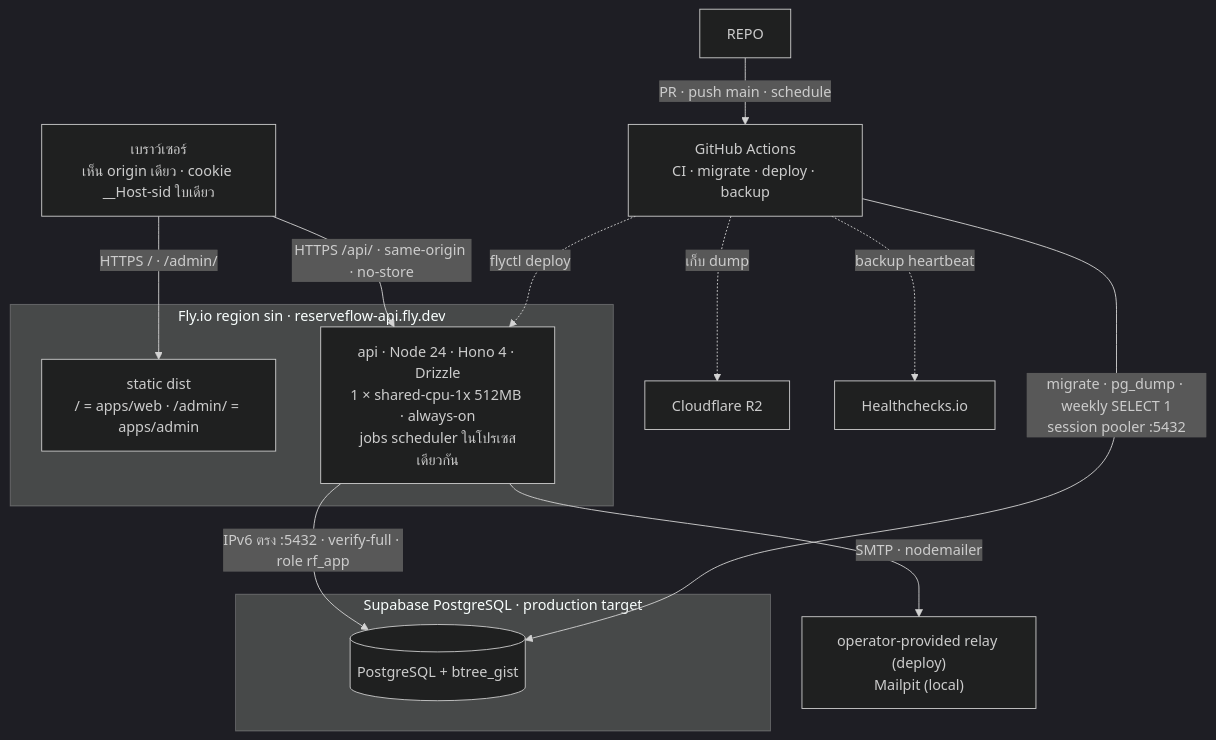
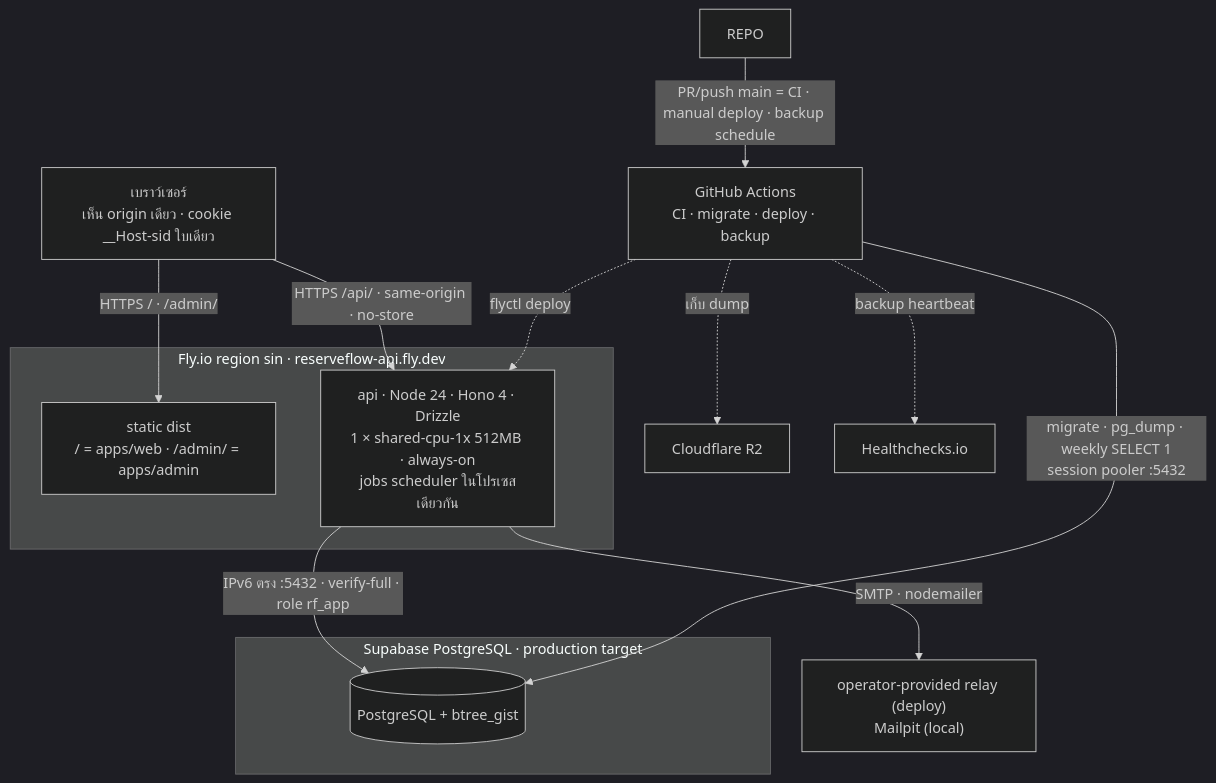
One commit to greentea01x/reserve-flow changed the diagram in docs/spec/sections/04-architecture-tech-stack.md. Above: the diagram before and after it, drawn with Mermaid (dark theme). The commit also changed 9 other files, not shown here.

Commit message:
ci: make production deploy manual-only

````diff
--- a/docs/spec/sections/04-architecture-tech-stack.md
+++ b/docs/spec/sections/04-architecture-tech-stack.md
@@ -32,21 +32,21 @@
 ```mermaid
 %% title: topology ที่กำหนดใน repository — Fly.io full stack + PostgreSQL (Deployment configuration)
 %% id: deployment
 flowchart TB
   subgraph FLY["Fly.io region sin · reserveflow-api.fly.dev"]
     STATIC["static dist<br/>/ = apps/web · /admin/ = apps/admin"]
     API["api · Node 24 · Hono 4 · Drizzle<br/>1 × shared-cpu-1x 512MB · always-on<br/>jobs scheduler ในโปรเซสเดียวกัน"]
   end
   subgraph SUPA["Supabase PostgreSQL · production target"]
     PG[("PostgreSQL + btree_gist")]
   end
-  REPO -->|"PR · push main · schedule"| GHA["GitHub Actions<br/>CI · migrate · deploy · backup"]
+  REPO -->|"PR/push main = CI · manual deploy · backup schedule"| GHA["GitHub Actions<br/>CI · migrate · deploy · backup"]
   BR["เบราว์เซอร์<br/>เห็น origin เดียว · cookie __Host-sid ใบเดียว"] -->|"HTTPS / · /admin/"| STATIC
   BR -->|"HTTPS /api/ · same-origin · no-store"| API
   API -->|"IPv6 ตรง :5432 · verify-full · role rf_app"| PG
   API -->|"SMTP · nodemailer"| MAIL["operator-provided relay (deploy)<br/>Mailpit (local)"]
   GHA -.->|"flyctl deploy"| API
   GHA -->|"migrate · pg_dump · weekly SELECT 1<br/>session pooler :5432"| PG
   GHA -.->|"เก็บ dump"| R2["Cloudflare R2"]
   GHA -.->|"backup heartbeat"| HC["Healthchecks.io"]
 ```
````
